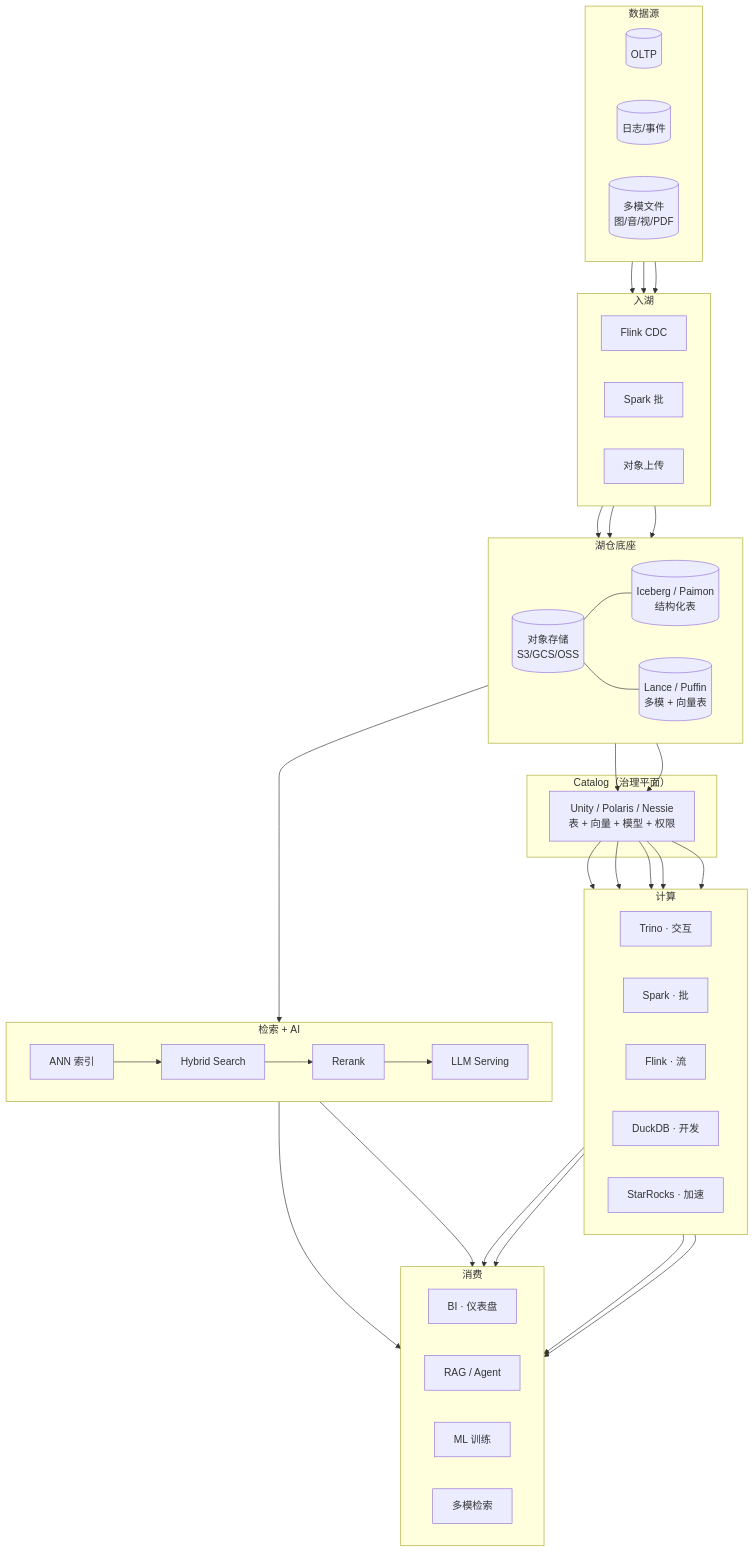
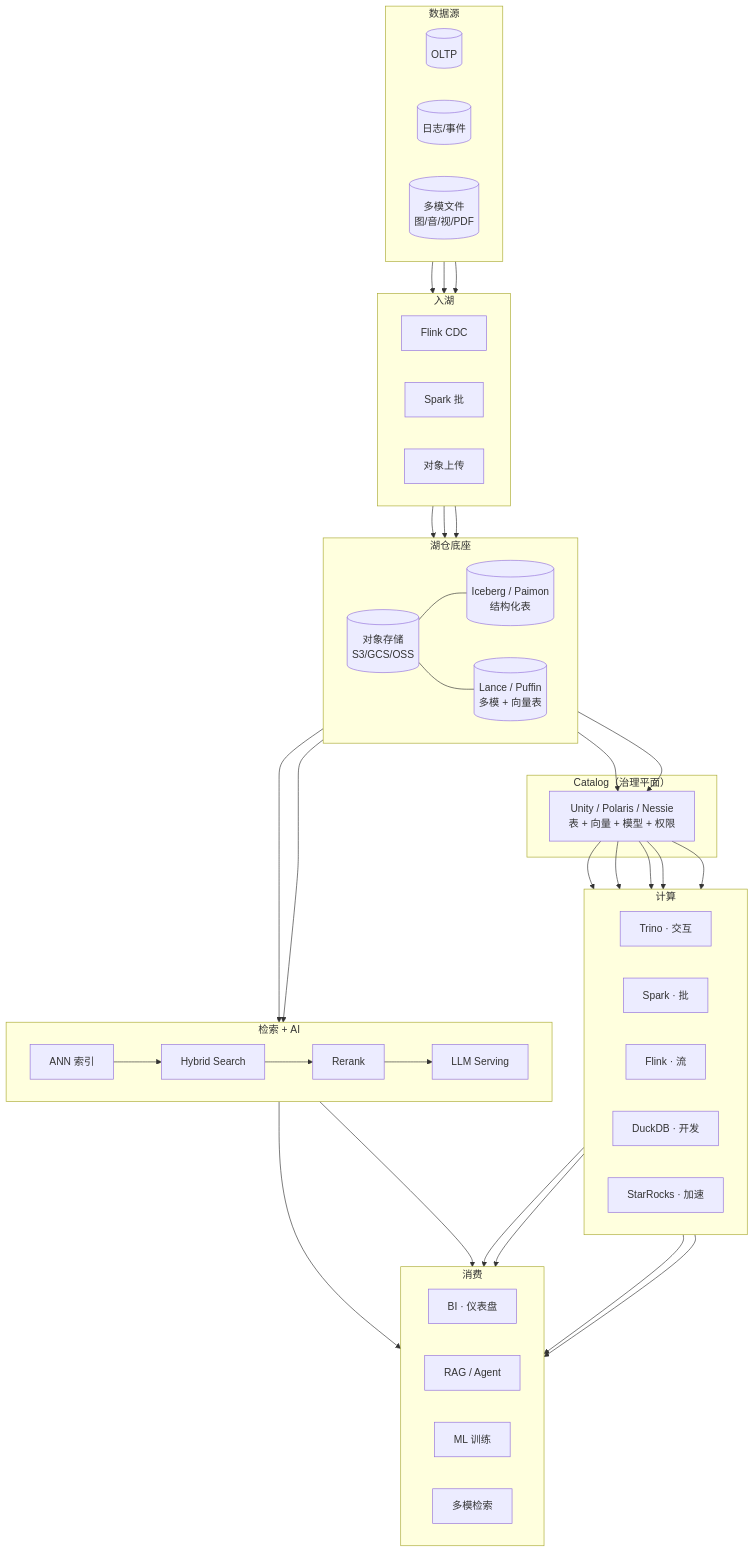
Before and after one commit to wangyong9999/lakehouse-wiki: the diagram in docs/index.md, drawn with Mermaid. The commit also changed other lines of this file and 10 other files, not shown here.

````diff
--- a/docs/index.md
+++ b/docs/index.md
@@ -84,15 +84,16 @@
   cat --> duckdb
   cat --> star
 
+  iceberg --> ann
   lance --> ann
   ann --> hybrid
   hybrid --> rerank
+  rerank --> mm
   rerank --> llm
 
   trino --> bi
   star --> bi
   llm --> rag
-  rerank --> mm
   spark --> ml
   flink --> ml
 ```
````
